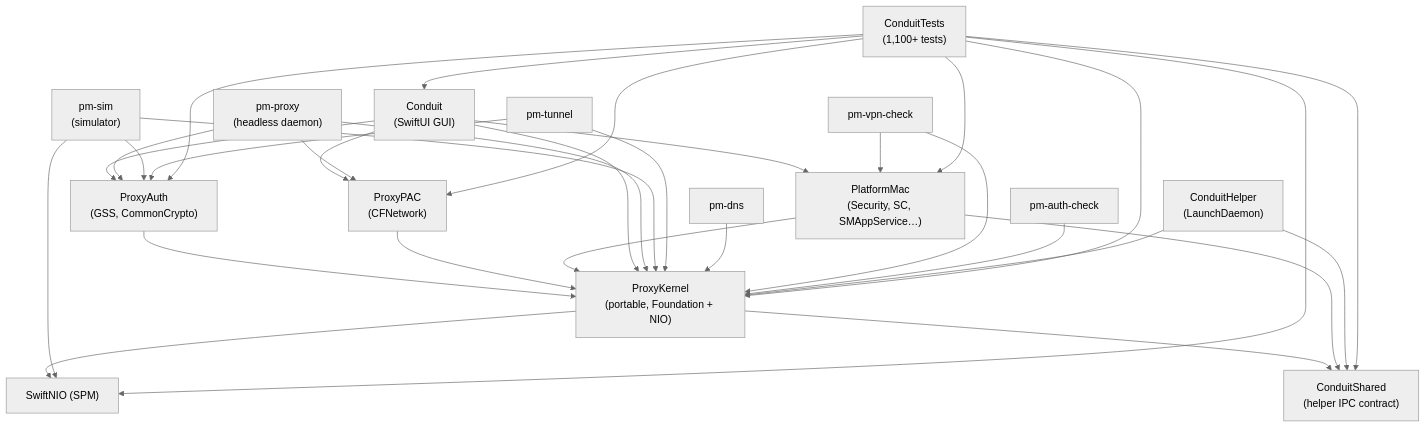
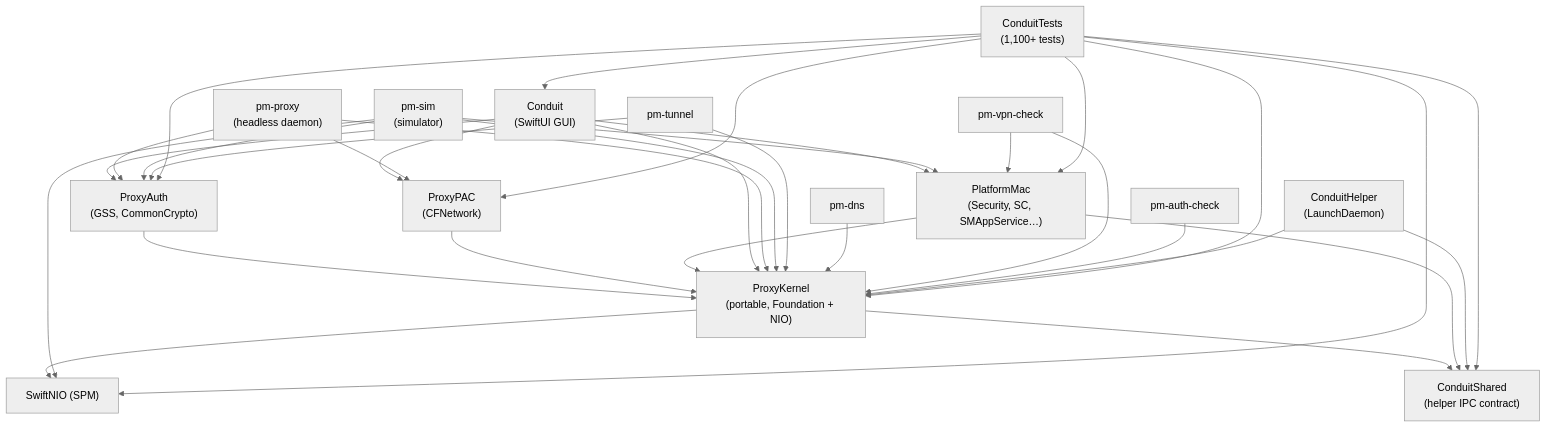
One commit to srps/Conduit changed the first of 2 diagrams in docs/architecture.md. Above: the diagram before and after it, drawn with Mermaid (neutral theme). The commit also changed other lines of this file and 21 other files, not shown here.

````diff
--- a/docs/architecture.md
+++ b/docs/architecture.md
@@ -39,58 +39,59 @@
 ```mermaid
 graph TD
     SwiftNIO["SwiftNIO (SPM)"]
     Shared["ConduitShared<br/>(helper IPC contract)"]
     Kernel["ProxyKernel<br/>(portable, Foundation + NIO)"]
     Auth["ProxyAuth<br/>(GSS, CommonCrypto)"]
     PAC["ProxyPAC<br/>(CFNetwork)"]
     Platform["PlatformMac<br/>(Security, SC, SMAppService…)"]
 
     App["Conduit<br/>(SwiftUI GUI)"]
     Helper["ConduitHelper<br/>(LaunchDaemon)"]
     PMProxy["pm-proxy<br/>(headless daemon)"]
     PMSim["pm-sim<br/>(simulator)"]
     PMTunnel["pm-tunnel"]
     PMDns["pm-dns"]
     PMVPN["pm-vpn-check"]
     PMAuthCheck["pm-auth-check"]
     Tests["ConduitTests<br/>(1,100+ tests)"]
 
     Kernel --> SwiftNIO
     Kernel --> Shared
     Auth --> Kernel
     PAC --> Kernel
     Platform --> Kernel
     Platform --> Shared
 
     App --> Kernel
     App --> Auth
     App --> PAC
     App --> Platform
 
     PMProxy --> Kernel
     PMProxy --> Auth
     PMProxy --> PAC
 
     PMSim --> Kernel
     PMSim --> Auth
+    PMSim --> Platform
     PMSim --> SwiftNIO
 
     PMTunnel --> Kernel
     PMTunnel --> Auth
 
     PMDns --> Kernel
     PMVPN --> Kernel
     PMVPN --> Platform
     PMAuthCheck --> Kernel
 
     Helper --> Kernel
     Helper --> Shared
 
     Tests --> App
     Tests --> Kernel
     Tests --> Auth
     Tests --> PAC
     Tests --> Platform
     Tests --> Shared
     Tests --> SwiftNIO
 ```
````
